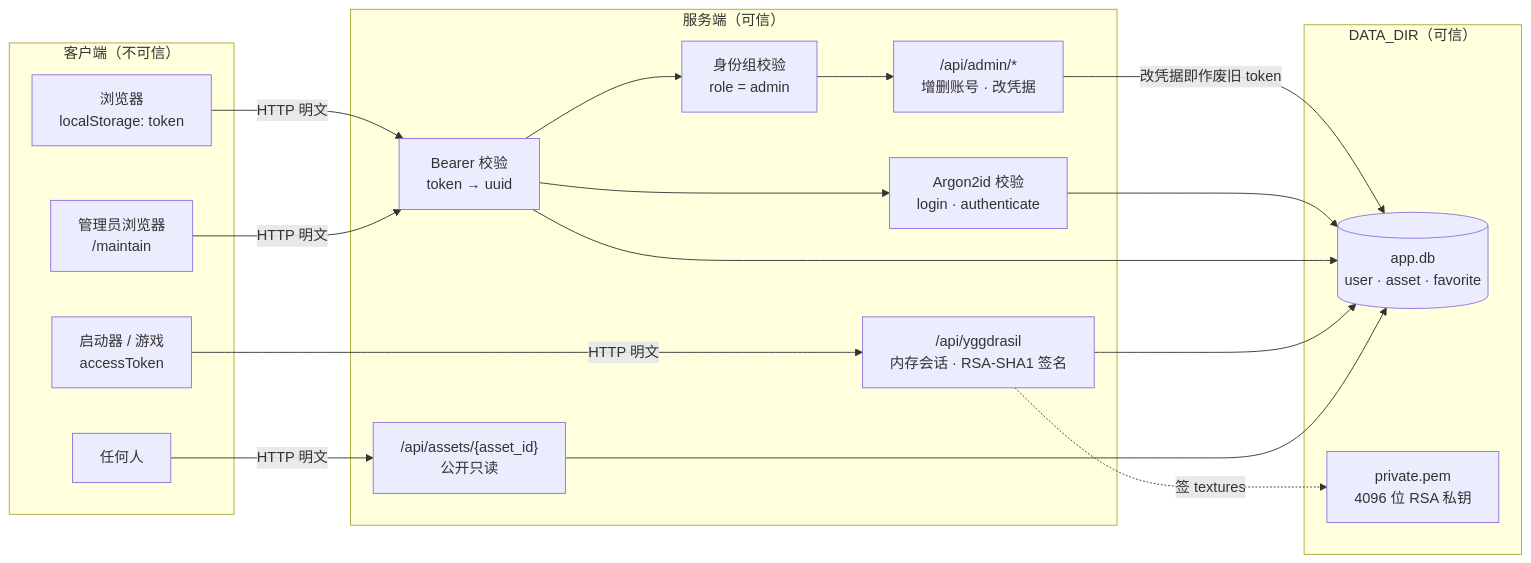
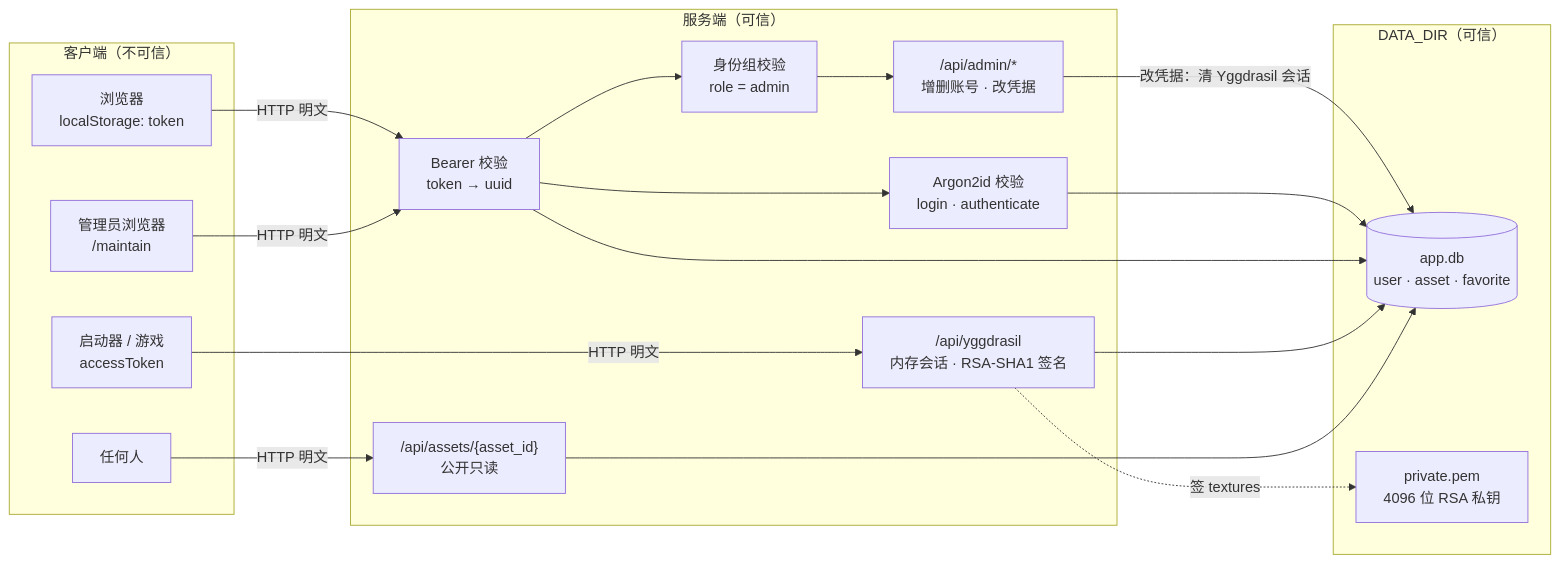
One commit to hm-service/scoped-skin changed the third of 4 diagrams in DESIGN.md. Above: the diagram before and after it, drawn with Mermaid. The commit also changed other lines of this file and 18 other files, not shown here.

````diff
--- a/DESIGN.md
+++ b/DESIGN.md
@@ -302,37 +303,37 @@
 ```mermaid
 flowchart LR
   subgraph client["客户端（不可信）"]
     browser["浏览器<br/>localStorage: token"]
     admin["管理员浏览器<br/>/maintain"]
     launcher["启动器 / 游戏<br/>accessToken"]
     anyone["任何人"]
   end
 
   subgraph server["服务端（可信）"]
     bearer["Bearer 校验<br/>token → uuid"]
     role["身份组校验<br/>role = admin"]
     pwd["Argon2id 校验<br/>login · authenticate"]
     manage["/api/admin/*<br/>增删账号 · 改凭据"]
     ygg["/api/yggdrasil<br/>内存会话 · RSA-SHA1 签名"]
     assets["/api/assets/{asset_id}<br/>公开只读"]
   end
 
   subgraph store["DATA_DIR（可信）"]
     db[("app.db<br/>user · asset · favorite")]
     key["private.pem<br/>4096 位 RSA 私钥"]
   end
 
   browser -->|"HTTP 明文"| bearer
   admin -->|"HTTP 明文"| bearer
   launcher -->|"HTTP 明文"| ygg
   anyone -->|"HTTP 明文"| assets
   bearer --> pwd
   bearer --> role
   role --> manage
-  manage -->|"改凭据即作废旧 token"| db
+  manage -->|"改凭据：清 Yggdrasil 会话"| db
   pwd --> db
   bearer --> db
   ygg --> db
   ygg -.->|"签 textures"| key
   assets --> db
 ```
````
